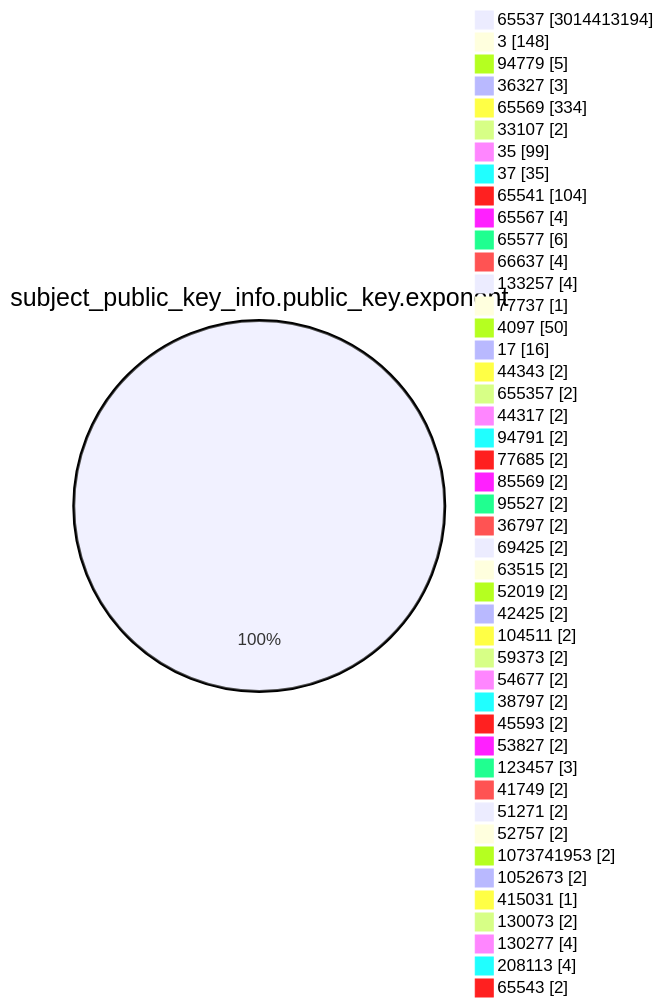
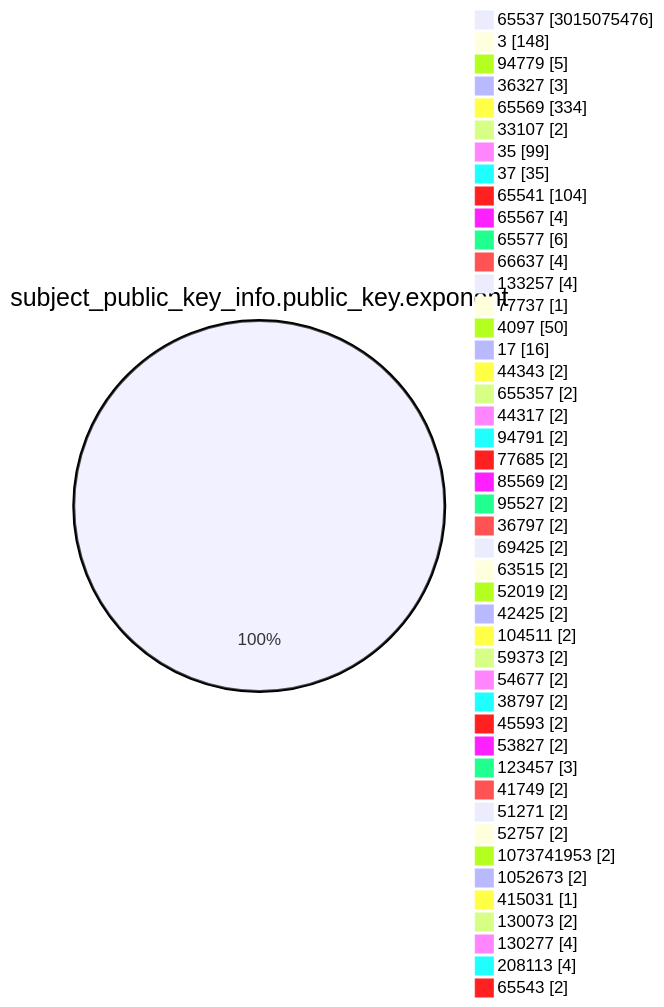
One commit to christiankrug/ctmonitor_visualization changed the fourth of 15 diagrams in TOTAL/README.md. Above: the diagram before and after it, drawn with Mermaid. The commit also changed other lines of this file, not shown here.

````diff
--- a/TOTAL/README.md
+++ b/TOTAL/README.md
@@ -1472,49 +1472,49 @@
 ```mermaid
 pie showData
 title subject_public_key_info.public_key.exponent
-"65537" :3014413194
+"65537" :3015075476
 "3" :148
 "94779" :5
 "36327" :3
 "65569" :334
 "33107" :2
 "35" :99
 "37" :35
 "65541" :104
 "65567" :4
 "65577" :6
 "66637" :4
 "133257" :4
 "77737" :1
 "4097" :50
 "17" :16
 "44343" :2
 "655357" :2
 "44317" :2
 "94791" :2
 "77685" :2
 "85569" :2
 "95527" :2
 "36797" :2
 "69425" :2
 "63515" :2
 "52019" :2
 "42425" :2
 "104511" :2
 "59373" :2
 "54677" :2
 "38797" :2
 "45593" :2
 "53827" :2
 "123457" :3
 "41749" :2
 "51271" :2
 "52757" :2
 "1073741953" :2
 "1052673" :2
 "415031" :1
 "130073" :2
 "130277" :4
 "208113" :4
 "65543" :2
 ```
````
